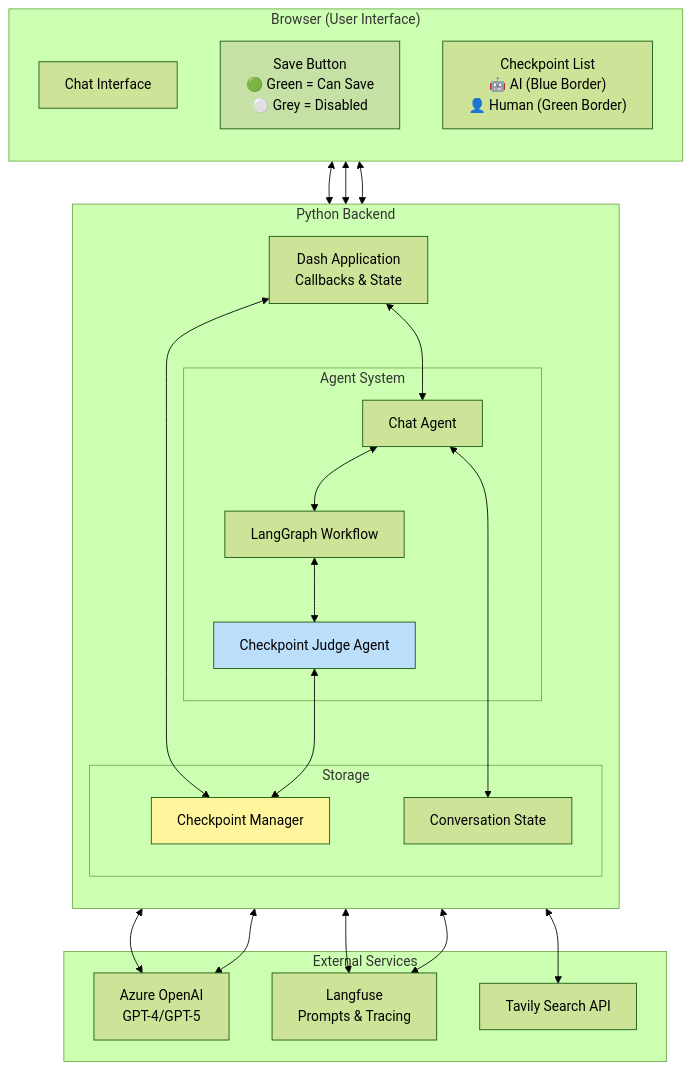
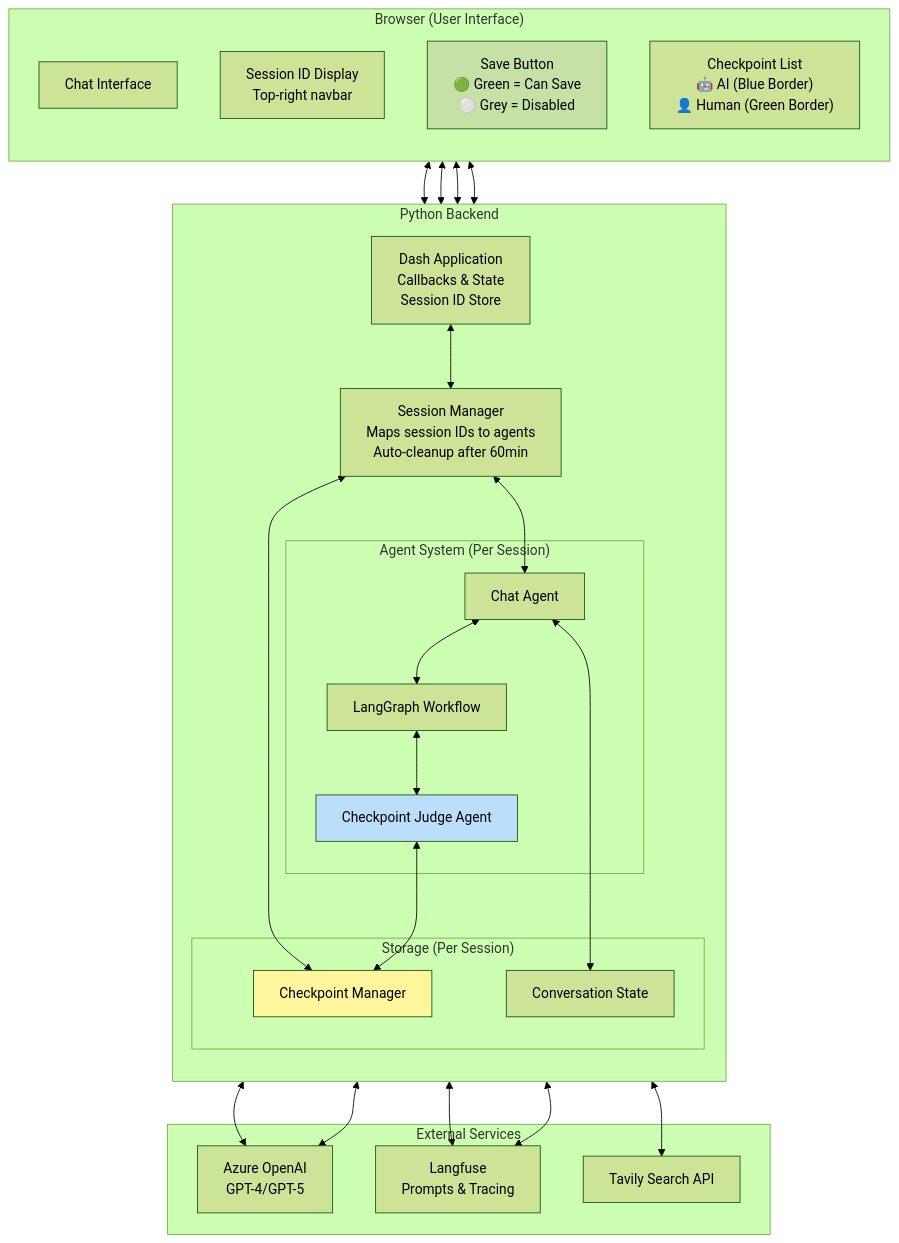
Before and after one commit to Panegyric0926/checkpoint: the fifth of 24 diagrams in docs/TIME_TRAVEL.md, drawn with Mermaid (forest theme). The commit also changed other lines of this file and 3 other files, not shown here.

````diff
--- a/docs/TIME_TRAVEL.md
+++ b/docs/TIME_TRAVEL.md
@@ -228,53 +237,58 @@
 ```mermaid
 flowchart TB
     subgraph Browser["Browser (User Interface)"]
         direction TB
         ChatUI[Chat Interface]
+        SessionDisplay[Session ID Display<br/>Top-right navbar]
         SaveUI[Save Button<br/>🟢 Green = Can Save<br/>⚪ Grey = Disabled]
         CheckpointUI["Checkpoint List<br/>🤖 AI (Blue Border)<br/>👤 Human (Green Border)"]
     end
     
     subgraph Backend["Python Backend"]
         direction TB
-        DashApp[Dash Application<br/>Callbacks & State]
+        DashApp[Dash Application<br/>Callbacks & State<br/>Session ID Store]
         
-        subgraph AgentSystem["Agent System"]
+        SessionMgr[Session Manager<br/>Maps session IDs to agents<br/>Auto-cleanup after 60min]
+        
+        subgraph AgentSystem["Agent System (Per Session)"]
             ChatAgent[Chat Agent]
             LangGraphWF[LangGraph Workflow]
             JudgeAgent[Checkpoint Judge Agent]
         end
         
-        subgraph Storage["Storage"]
+        subgraph Storage["Storage (Per Session)"]
             CPManager[Checkpoint Manager]
             ConvState[Conversation State]
         end
     end
     
     subgraph External["External Services"]
         AzureAI["Azure OpenAI<br/>GPT-4/GPT-5"]
         LangfuseAPI["Langfuse<br/>Prompts & Tracing"]
         TavilyAPI[Tavily Search API]
     end
     
     ChatUI <--> DashApp
+    SessionDisplay <--> DashApp
     SaveUI <--> DashApp
     CheckpointUI <--> DashApp
     
-    DashApp <--> ChatAgent
-    DashApp <--> CPManager
+    DashApp <--> SessionMgr
+    SessionMgr <--> ChatAgent
+    SessionMgr <--> CPManager
     
     ChatAgent <--> LangGraphWF
     LangGraphWF <--> JudgeAgent
     ChatAgent <--> ConvState
     JudgeAgent <--> CPManager
     
     ChatAgent <--> AzureAI
     JudgeAgent <--> AzureAI
     ChatAgent <--> LangfuseAPI
     JudgeAgent <--> LangfuseAPI
     LangGraphWF <--> TavilyAPI
     
     style JudgeAgent fill:#bbdefb
     style CPManager fill:#fff59d
     style SaveUI fill:#c5e1a5
 ```
````
